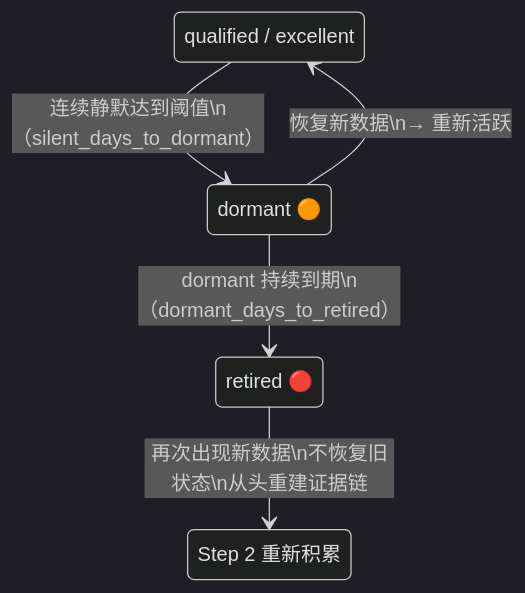
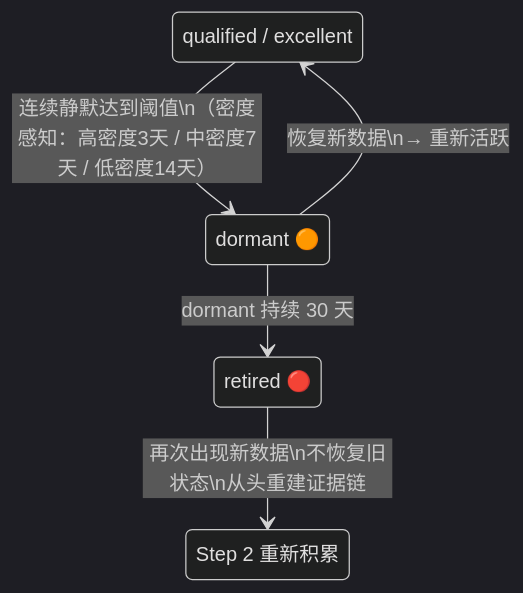
The ninth of 11 diagrams in rebuild5/docs/human_guide/05_Step5_画像维护.md (laoyang75/OptiNet), drawn with Mermaid (dark theme) before and after one commit. The commit also changed other lines of this file and 169 other files, not shown here.

````diff
--- a/rebuild5/docs/human_guide/05_Step5_画像维护.md
+++ b/rebuild5/docs/human_guide/05_Step5_画像维护.md
@@ -229,15 +246,15 @@
 ```mermaid
 stateDiagram-v2
     qualified_excellent: qualified / excellent
     dormant: dormant 🟠
     retired: retired 🔴
     step2: Step 2 重新积累
 
-    qualified_excellent --> dormant: 连续静默达到阈值\n（silent_days_to_dormant）
+    qualified_excellent --> dormant: 连续静默达到阈值\n（密度感知：高密度3天 / 中密度7天 / 低密度14天）
 
-    dormant --> retired: dormant 持续到期\n（dormant_days_to_retired）
+    dormant --> retired: dormant 持续 30 天
 
     dormant --> qualified_excellent: 恢复新数据\n→ 重新活跃
 
     retired --> step2: 再次出现新数据\n不恢复旧状态\n从头重建证据链
 ```
````
